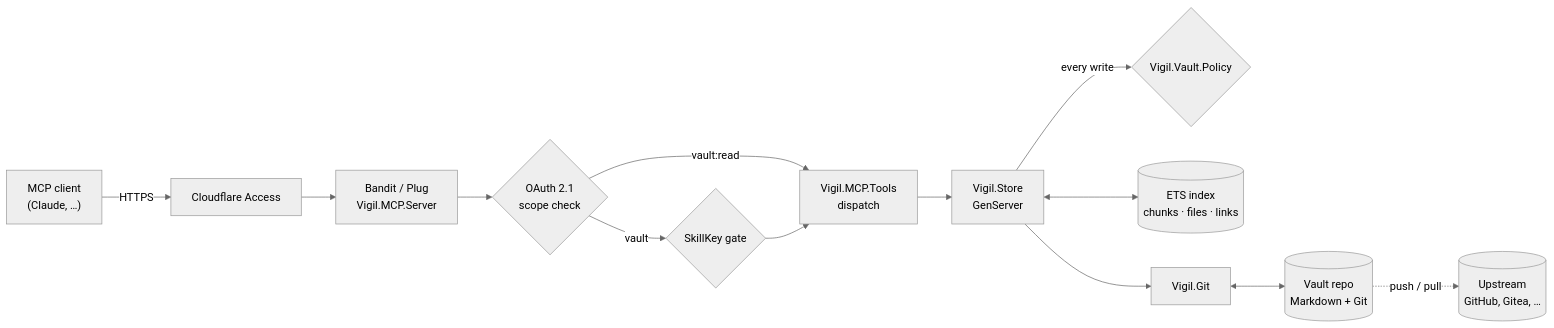
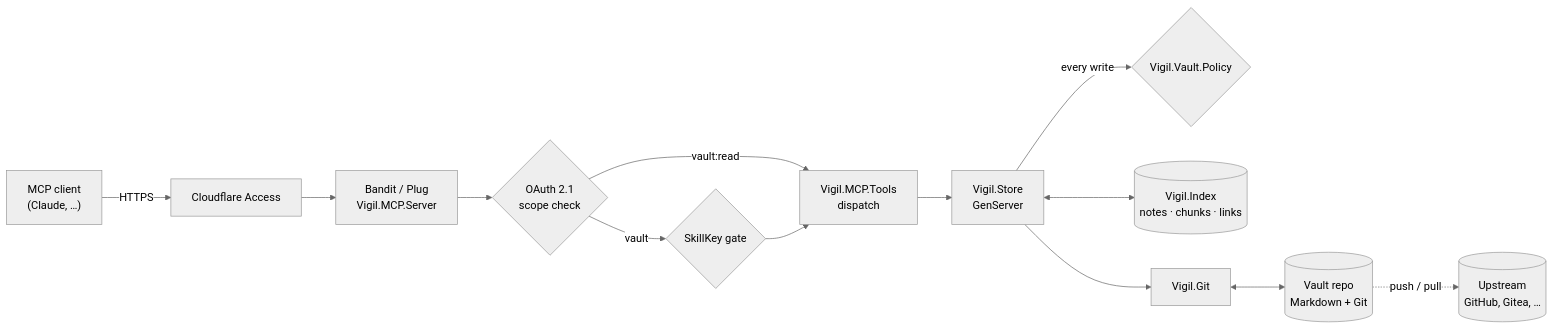
The first of 6 diagrams in docs/guide.md (64x-lunicorn/vigil), drawn with Mermaid (neutral theme) before and after one commit. The commit also changed other lines of this file and 9 other files, not shown here.

First line of the commit message:
Pull the index out of the Store: reads, write-path facts, and ETS retirement (#34)

````diff
--- a/docs/guide.md
+++ b/docs/guide.md
@@ -60,15 +60,15 @@
 ```mermaid
 flowchart LR
     C["MCP client<br/>(Claude, …)"] -->|HTTPS| C1[Cloudflare Access]
     C1 --> B["Bandit / Plug<br/>Vigil.MCP.Server"]
     B --> O{"OAuth 2.1<br/>scope check"}
     O -->|"vault:read"| T["Vigil.MCP.Tools<br/>dispatch"]
     O -->|vault| K{SkillKey gate}
     K --> T
     T --> S["Vigil.Store<br/>GenServer"]
     S -->|every write| V{"Vigil.Vault.Policy"}
-    S <--> E[("ETS index<br/>chunks · files · links")]
+    S <--> E[("Vigil.Index<br/>notes · chunks · links")]
     S --> G["Vigil.Git"]
     G <--> R[("Vault repo<br/>Markdown + Git")]
     R -.->|push / pull| U[("Upstream<br/>GitHub, Gitea, …")]
 ```
````
